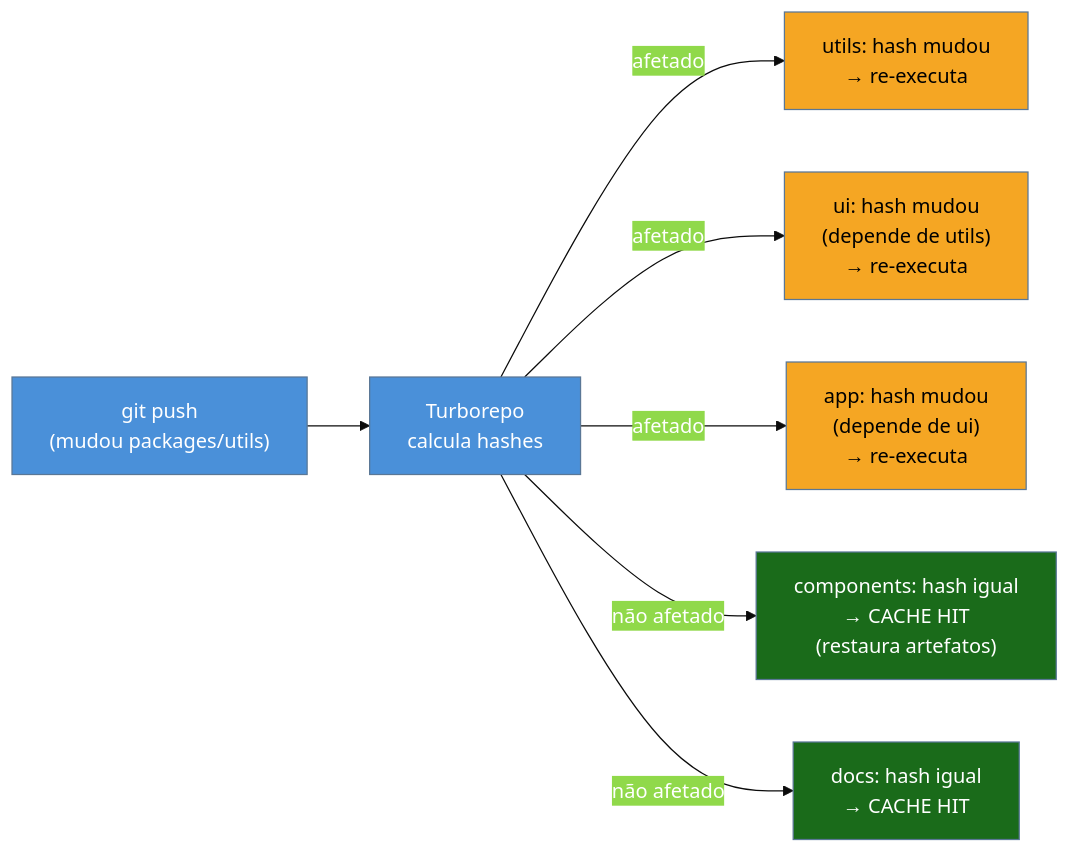
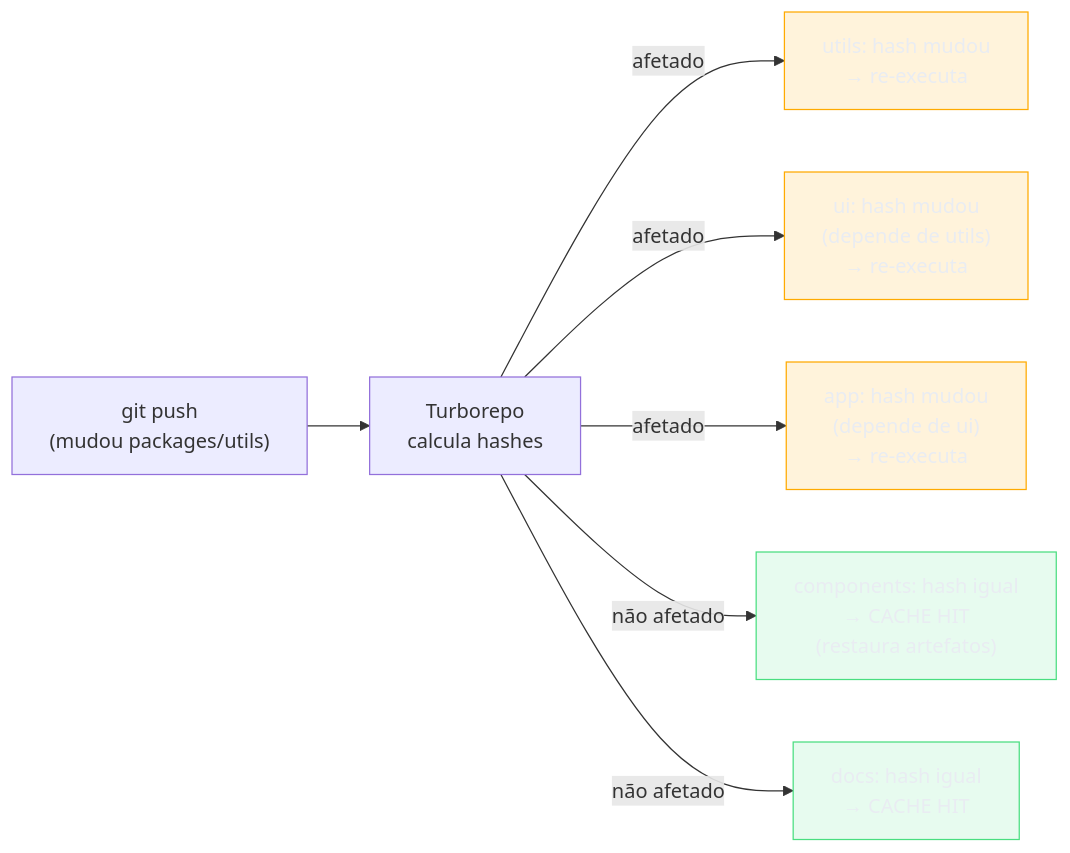
One commit to josenaldo/codex-technomanticus changed the second of 7 diagrams in 03-Dominios/Tecnologia/Tooling e Build/21 - Monorepos - workspaces, Turborepo, Nx e changesets.md. Above: the diagram before and after it, drawn with Mermaid. The commit also changed other lines of this file and 1181 other files, not shown here.

First line of the commit message:
fix(diagramas): paleta do sistema no lugar de cor cravada no markdown

````diff
--- a/03-Dominios/Tecnologia/Tooling e Build/21 - Monorepos - workspaces, Turborepo, Nx e changesets.md
+++ b/03-Dominios/Tecnologia/Tooling e Build/21 - Monorepos - workspaces, Turborepo, Nx e changesets.md
@@ -236,24 +236,25 @@
 ```mermaid
-%%{init: {"theme": "base", "themeVariables": {"primaryColor": "#4A90D9", "primaryTextColor": "#fff"}}}%%
 flowchart LR
+    classDef ok fill:#4ADE8021,stroke:#4ADE80,color:#E9ECF2
+    classDef destaque fill:#FFAA0024,stroke:#FFAA00,color:#E9ECF2
     CHG["git push\n(mudou packages/utils)"]
     HASH["Turborepo\ncalcula hashes"]
     UTILS["utils: hash mudou\n→ re-executa"]
     UI["ui: hash mudou\n(depende de utils)\n→ re-executa"]
     APP["app: hash mudou\n(depende de ui)\n→ re-executa"]
     COMP["components: hash igual\n→ CACHE HIT\n(restaura artefatos)"]
     DOCS["docs: hash igual\n→ CACHE HIT"]
 
     CHG --> HASH
     HASH -->|"afetado"| UTILS
     HASH -->|"afetado"| UI
     HASH -->|"afetado"| APP
     HASH -->|"não afetado"| COMP
     HASH -->|"não afetado"| DOCS
 
-    style COMP fill:#1a6b1a,color:#fff
-    style DOCS fill:#1a6b1a,color:#fff
-    style UTILS fill:#F5A623,color:#000
-    style UI fill:#F5A623,color:#000
-    style APP fill:#F5A623,color:#000
+    class COMP ok
+    class DOCS ok
+    class UTILS destaque
+    class UI destaque
+    class APP destaque
 ```
````
